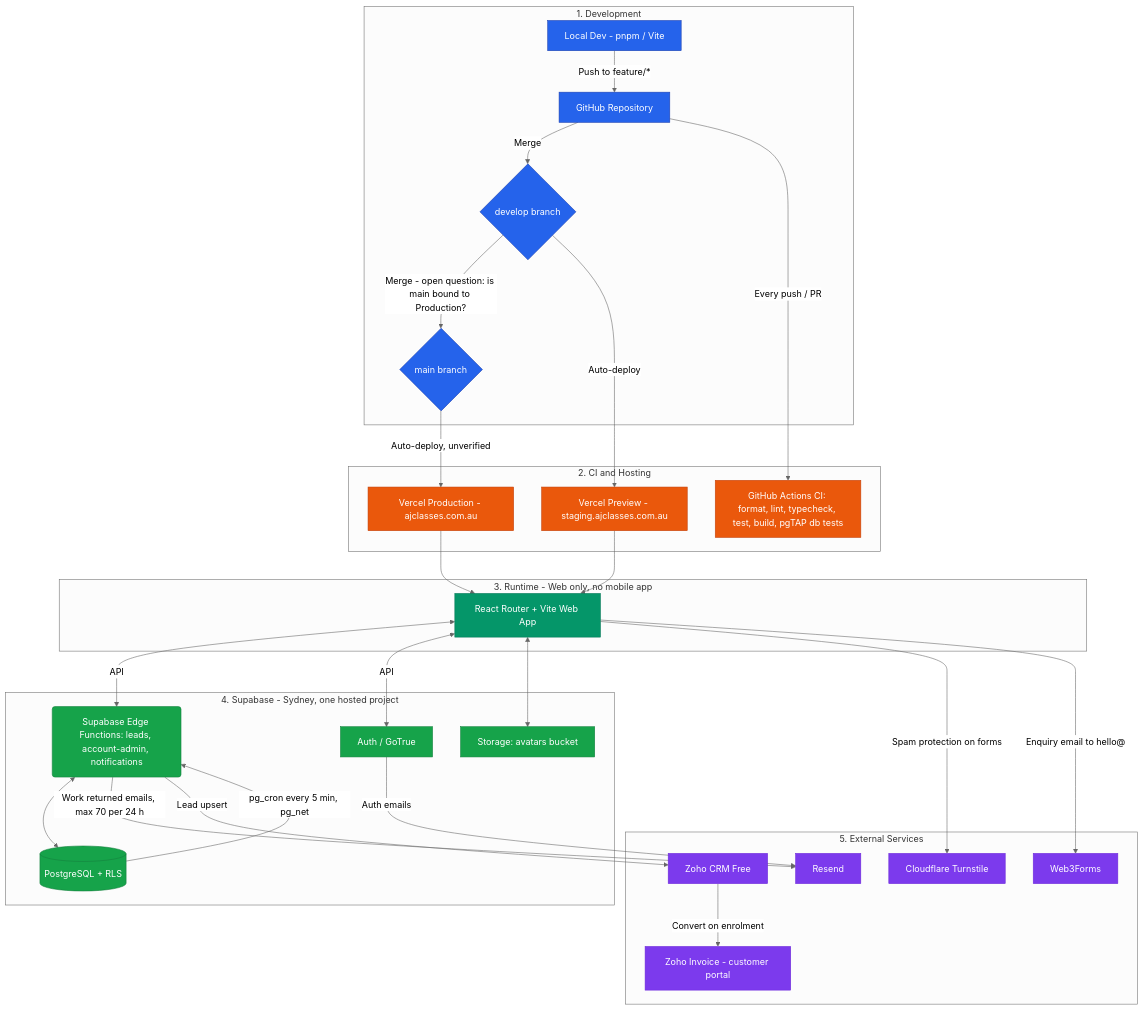
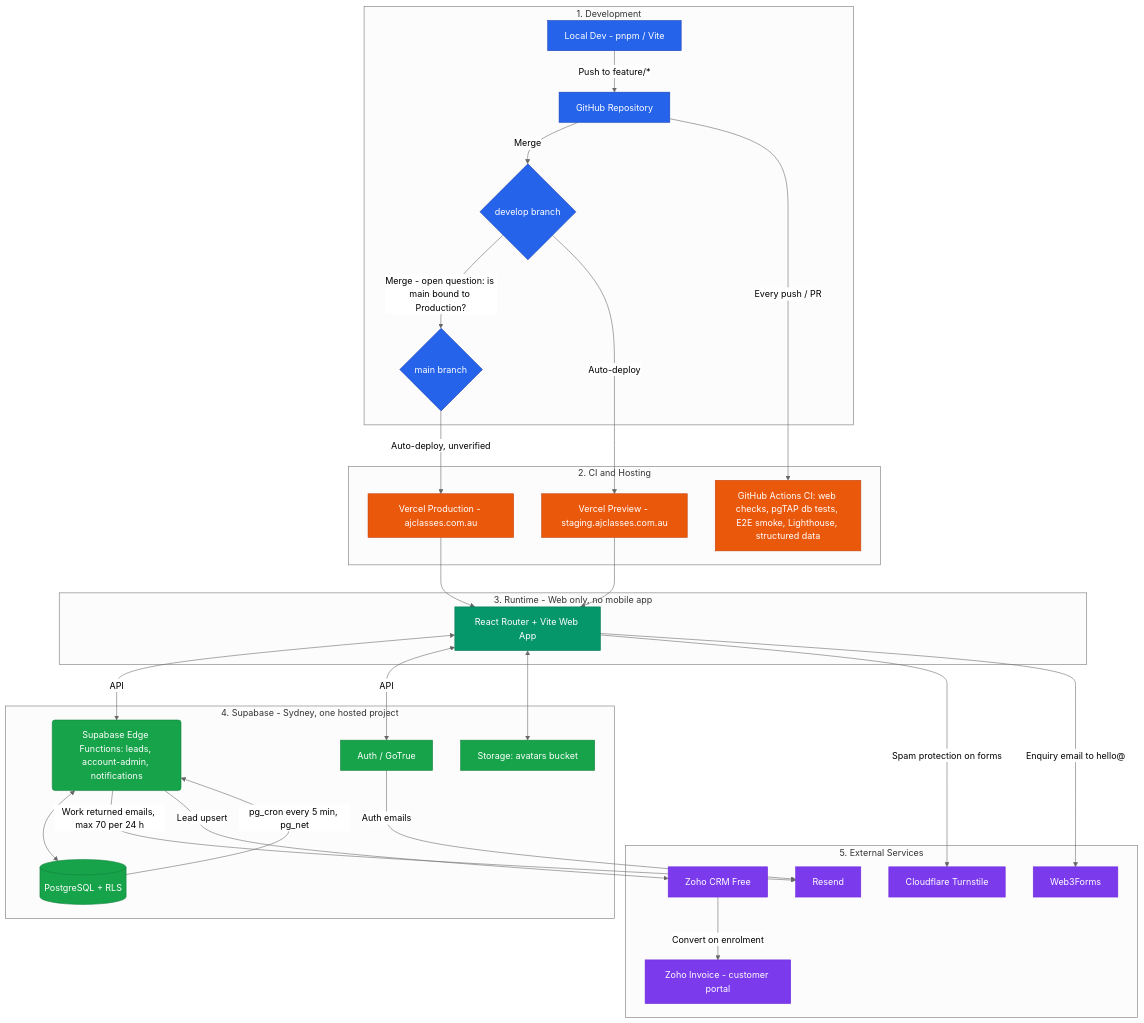
The diagram in docs/architecture/arch.md (splaytech/aj_classes), drawn with Mermaid (neutral theme) before and after one commit. The commit also changed other lines of this file and 2 other files, not shown here.

````diff
--- a/docs/architecture/arch.md
+++ b/docs/architecture/arch.md
@@ -98,48 +110,48 @@
 ```mermaid
 flowchart TD
     %% Styling
     classDef dev fill:#2563eb,stroke:#1e40af,color:#fff;
     classDef cicd fill:#ea580c,stroke:#c2410c,color:#fff;
     classDef client fill:#059669,stroke:#047857,color:#fff;
     classDef backend fill:#16a34a,stroke:#15803d,color:#fff;
     classDef external fill:#7c3aed,stroke:#6d28d9,color:#fff;
 
     %% Development Layer
     subgraph DevLayer [1. Development]
         A[Local Dev - pnpm / Vite]:::dev -->|Push to feature/*| B[GitHub Repository]:::dev
         B -->|Merge| C{develop branch}:::dev
         C -->|Merge - open question: is main bound to Production?| M{main branch}:::dev
     end
 
     %% CI/CD Layer
     subgraph CICDLayer [2. CI and Hosting]
-        B -->|Every push / PR| D[GitHub Actions CI: format, lint, typecheck, test, build, pgTAP db tests]:::cicd
+        B -->|Every push / PR| D[GitHub Actions CI: web checks, pgTAP db tests, E2E smoke, Lighthouse, structured data]:::cicd
         C -->|Auto-deploy| E[Vercel Preview - staging.ajclasses.com.au]:::cicd
         M -->|Auto-deploy, unverified| F[Vercel Production - ajclasses.com.au]:::cicd
     end
 
     %% Runtime Clients
     subgraph ClientLayer [3. Runtime - Web only, no mobile app]
         E --> G[React Router + Vite Web App]:::client
         F --> G
     end
 
     %% Managed Backend
     subgraph BackendLayer [4. Supabase - Sydney, one hosted project]
         G <-->|API| H(Supabase Edge Functions: leads, account-admin, notifications):::backend
         J -->|pg_cron every 5 min, pg_net| H
         G <-->|API| I[Auth / GoTrue]:::backend
         H <--> J[(PostgreSQL + RLS)]:::backend
         G <--> K[Storage: avatars bucket]:::backend
     end
 
     %% External Services
     subgraph ExternalLayer [5. External Services]
         I -->|Auth emails| L[Resend]:::external
         H -->|Work returned emails, max 70 per 24 h| L
         H -->|Lead upsert| N[Zoho CRM Free]:::external
         N -->|Convert on enrolment| O[Zoho Invoice - customer portal]:::external
         G -->|Spam protection on forms| P[Cloudflare Turnstile]:::external
         G -->|Enquiry email to hello@| Q[Web3Forms]:::external
     end
 ```
````
